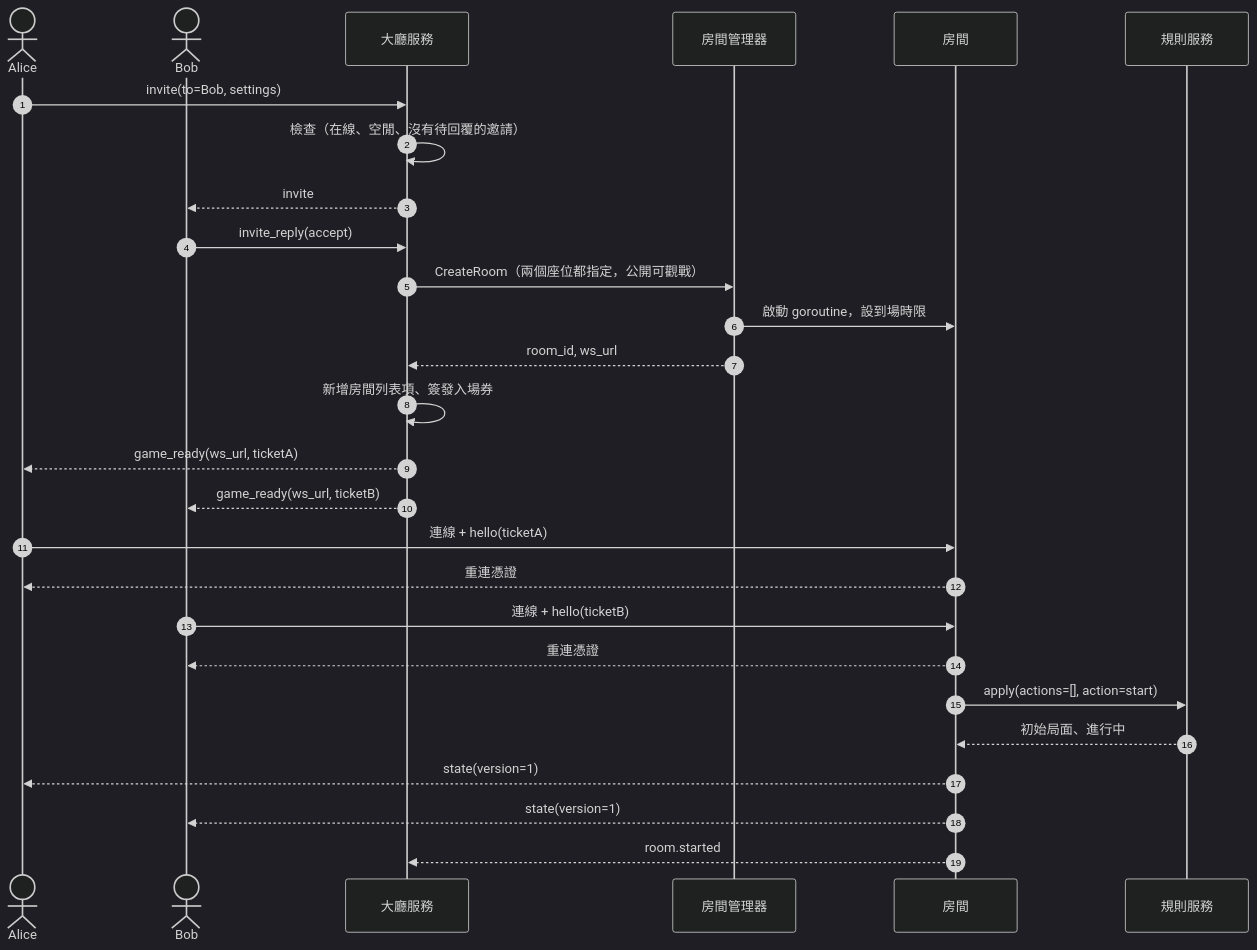
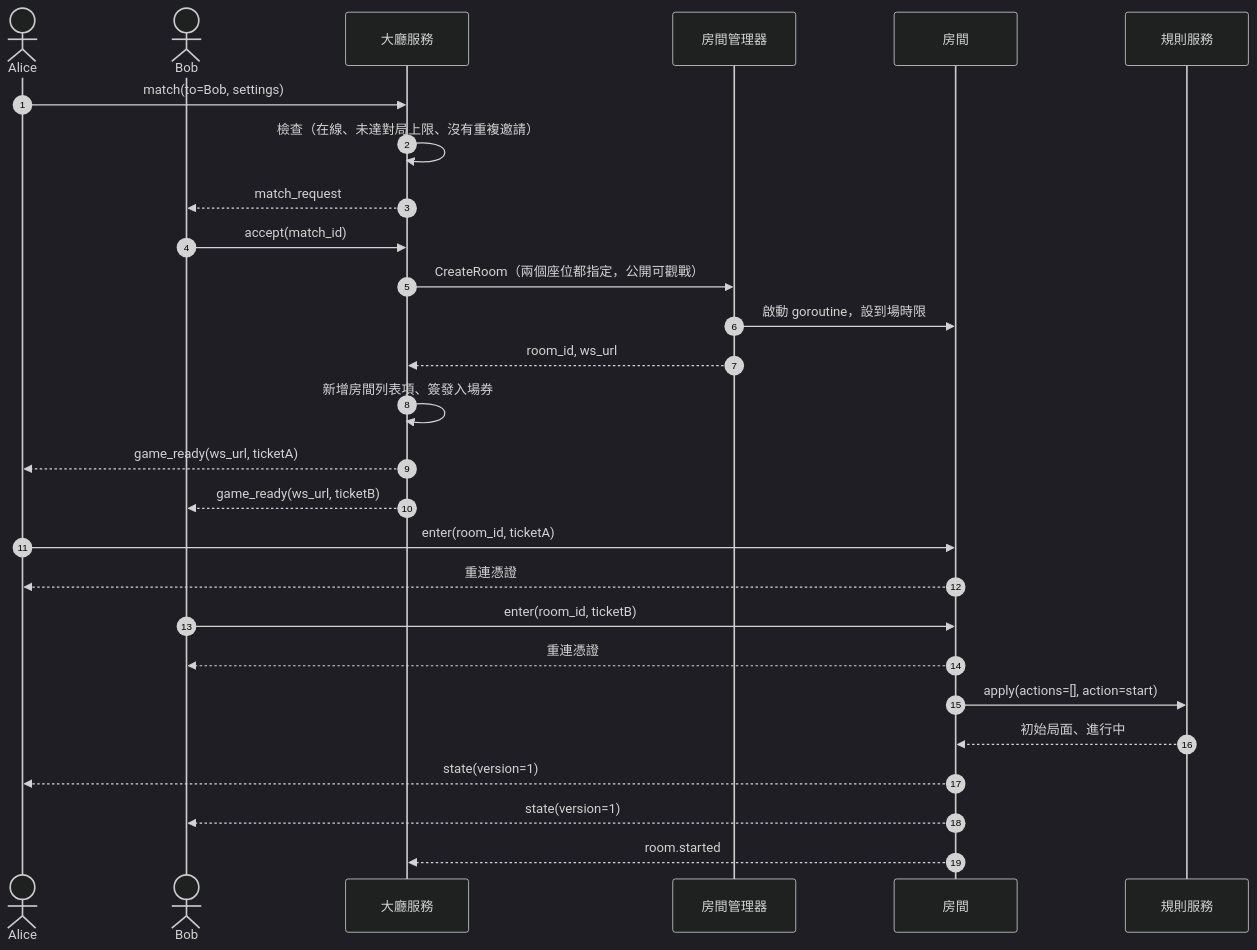
Before and after one commit to yshsu0918/yi-arena: the second of 4 diagrams in docs/spec_v1.md, drawn with Mermaid (dark theme). The commit also changed other lines of this file and 4 other files, not shown here.

````diff
--- a/docs/spec_v1.md
+++ b/docs/spec_v1.md
@@ -141,30 +142,30 @@
 ```mermaid
 sequenceDiagram
   autonumber
   actor A as Alice
   actor B as Bob
   participant L as 大廳服務
   participant M as 房間管理器
   participant R as 房間
   participant S as 規則服務
 
-  A->>L: invite(to=Bob, settings)
-  L->>L: 檢查（在線、空閒、沒有待回覆的邀請）
-  L-->>B: invite
-  B->>L: invite_reply(accept)
+  A->>L: match(to=Bob, settings)
+  L->>L: 檢查（在線、未達對局上限、沒有重複邀請）
+  L-->>B: match_request
+  B->>L: accept(match_id)
   L->>M: CreateRoom（兩個座位都指定，公開可觀戰）
   M->>R: 啟動 goroutine，設到場時限
   M-->>L: room_id, ws_url
   L->>L: 新增房間列表項、簽發入場券
   L-->>A: game_ready(ws_url, ticketA)
   L-->>B: game_ready(ws_url, ticketB)
-  A->>R: 連線 + hello(ticketA)
+  A->>R: enter(room_id, ticketA)
   R-->>A: 重連憑證
-  B->>R: 連線 + hello(ticketB)
+  B->>R: enter(room_id, ticketB)
   R-->>B: 重連憑證
   R->>S: apply(actions=[], action=start)
   S-->>R: 初始局面、進行中
   R-->>A: state(version=1)
   R-->>B: state(version=1)
   R-->>L: room.started
 ```
````
